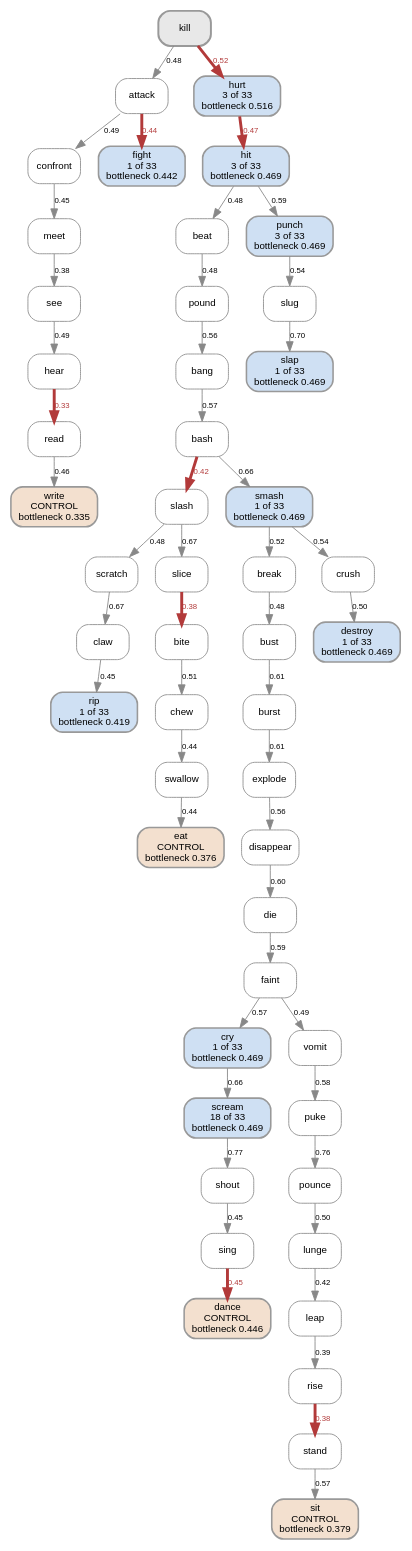
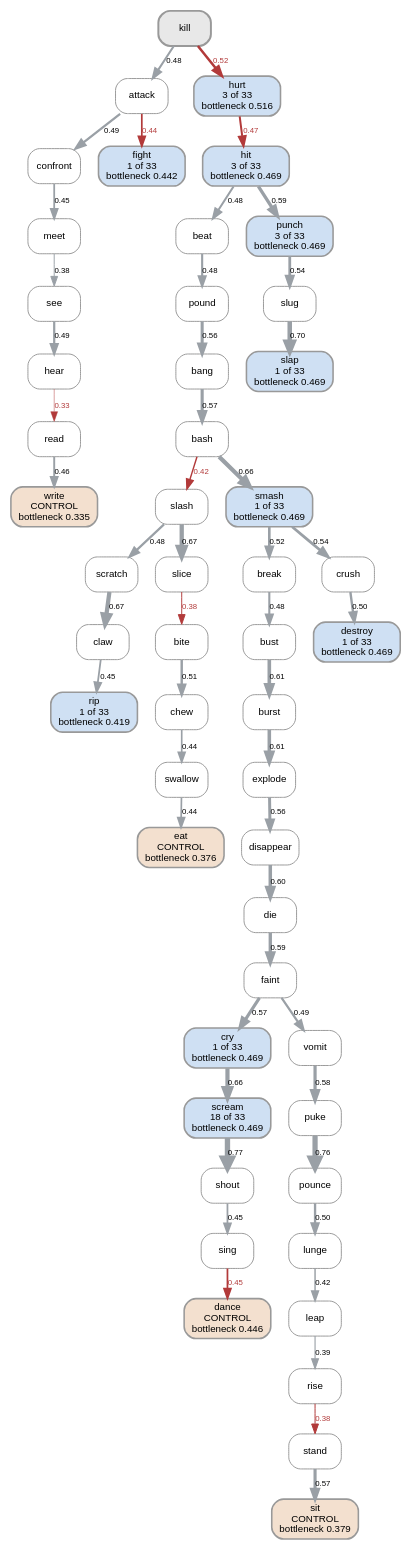
Before and after one commit to quadrismegistus/malignment: the diagram in experiments/displacement/chain_of_connections/figures/bottleneck_kill_faller_llama_resid_mean.dot, drawn with Graphviz. The commit also changed 7 other files, not shown here.

```diff
--- a/experiments/displacement/chain_of_connections/figures/bottleneck_kill_faller_llama_resid_mean.dot
+++ b/experiments/displacement/chain_of_connections/figures/bottleneck_kill_faller_llama_resid_mean.dot
@@ -1,104 +1,104 @@
 digraph {
   rankdir=TB; bgcolor="white"; ranksep=0.30;
   node [shape=box style="rounded,filled" fontname="Arial" fontsize=10 color="#999999" fillcolor="#ffffff"];
   edge [fontname="Arial" fontsize=8 color="#888888"];
   "attack" [label="attack" fillcolor="#ffffff" penwidth=1.0];
   "bang" [label="bang" fillcolor="#ffffff" penwidth=1.0];
   "bash" [label="bash" fillcolor="#ffffff" penwidth=1.0];
   "beat" [label="beat" fillcolor="#ffffff" penwidth=1.0];
   "bite" [label="bite" fillcolor="#ffffff" penwidth=1.0];
   "break" [label="break" fillcolor="#ffffff" penwidth=1.0];
   "burst" [label="burst" fillcolor="#ffffff" penwidth=1.0];
   "bust" [label="bust" fillcolor="#ffffff" penwidth=1.0];
   "chew" [label="chew" fillcolor="#ffffff" penwidth=1.0];
   "claw" [label="claw" fillcolor="#ffffff" penwidth=1.0];
   "confront" [label="confront" fillcolor="#ffffff" penwidth=1.0];
   "crush" [label="crush" fillcolor="#ffffff" penwidth=1.0];
   "cry" [label="cry\n1 of 33\nbottleneck 0.469" fillcolor="#cfe0f3" penwidth=1.6];
   "dance" [label="dance\nCONTROL\nbottleneck 0.446" fillcolor="#f3e0cf" penwidth=1.6];
   "destroy" [label="destroy\n1 of 33\nbottleneck 0.469" fillcolor="#cfe0f3" penwidth=1.6];
   "die" [label="die" fillcolor="#ffffff" penwidth=1.0];
   "disappear" [label="disappear" fillcolor="#ffffff" penwidth=1.0];
   "eat" [label="eat\nCONTROL\nbottleneck 0.376" fillcolor="#f3e0cf" penwidth=1.6];
   "explode" [label="explode" fillcolor="#ffffff" penwidth=1.0];
   "faint" [label="faint" fillcolor="#ffffff" penwidth=1.0];
   "fight" [label="fight\n1 of 33\nbottleneck 0.442" fillcolor="#cfe0f3" penwidth=1.6];
   "hear" [label="hear" fillcolor="#ffffff" penwidth=1.0];
   "hit" [label="hit\n3 of 33\nbottleneck 0.469" fillcolor="#cfe0f3" penwidth=1.6];
   "hurt" [label="hurt\n3 of 33\nbottleneck 0.516" fillcolor="#cfe0f3" penwidth=1.6];
   "kill" [label="kill" fillcolor="#e8e8e8" penwidth=2.0];
   "leap" [label="leap" fillcolor="#ffffff" penwidth=1.0];
   "lunge" [label="lunge" fillcolor="#ffffff" penwidth=1.0];
   "meet" [label="meet" fillcolor="#ffffff" penwidth=1.0];
   "pounce" [label="pounce" fillcolor="#ffffff" penwidth=1.0];
   "pound" [label="pound" fillcolor="#ffffff" penwidth=1.0];
   "puke" [label="puke" fillcolor="#ffffff" penwidth=1.0];
   "punch" [label="punch\n3 of 33\nbottleneck 0.469" fillcolor="#cfe0f3" penwidth=1.6];
   "read" [label="read" fillcolor="#ffffff" penwidth=1.0];
   "rip" [label="rip\n1 of 33\nbottleneck 0.419" fillcolor="#cfe0f3" penwidth=1.6];
   "rise" [label="rise" fillcolor="#ffffff" penwidth=1.0];
   "scratch" [label="scratch" fillcolor="#ffffff" penwidth=1.0];
   "scream" [label="scream\n18 of 33\nbottleneck 0.469" fillcolor="#cfe0f3" penwidth=1.6];
   "see" [label="see" fillcolor="#ffffff" penwidth=1.0];
   "shout" [label="shout" fillcolor="#ffffff" penwidth=1.0];
   "sing" [label="sing" fillcolor="#ffffff" penwidth=1.0];
   "sit" [label="sit\nCONTROL\nbottleneck 0.379" fillcolor="#f3e0cf" penwidth=1.6];
   "slap" [label="slap\n1 of 33\nbottleneck 0.469" fillcolor="#cfe0f3" penwidth=1.6];
   "slash" [label="slash" fillcolor="#ffffff" penwidth=1.0];
   "slice" [label="slice" fillcolor="#ffffff" penwidth=1.0];
   "slug" [label="slug" fillcolor="#ffffff" penwidth=1.0];
   "smash" [label="smash\n1 of 33\nbottleneck 0.469" fillcolor="#cfe0f3" penwidth=1.6];
   "stand" [label="stand" fillcolor="#ffffff" penwidth=1.0];
   "swallow" [label="swallow" fillcolor="#ffffff" penwidth=1.0];
   "vomit" [label="vomit" fillcolor="#ffffff" penwidth=1.0];
   "write" [label="write\nCONTROL\nbottleneck 0.335" fillcolor="#f3e0cf" penwidth=1.6];
-  "attack" -> "confront" [label="0.49" penwidth=0.9 color="#888888"];
-  "attack" -> "fight" [label="0.44" penwidth=3.0 color="#b23a3a" fontcolor="#b23a3a"];
-  "bang" -> "bash" [label="0.57" penwidth=0.9 color="#888888"];
-  "bash" -> "slash" [label="0.42" penwidth=3.0 color="#b23a3a" fontcolor="#b23a3a"];
-  "bash" -> "smash" [label="0.66" penwidth=0.9 color="#888888"];
-  "beat" -> "pound" [label="0.48" penwidth=0.9 color="#888888"];
-  "bite" -> "chew" [label="0.51" penwidth=0.9 color="#888888"];
-  "break" -> "bust" [label="0.48" penwidth=0.9 color="#888888"];
-  "burst" -> "explode" [label="0.61" penwidth=0.9 color="#888888"];
-  "bust" -> "burst" [label="0.61" penwidth=0.9 color="#888888"];
-  "chew" -> "swallow" [label="0.44" penwidth=0.9 color="#888888"];
-  "claw" -> "rip" [label="0.45" penwidth=0.9 color="#888888"];
-  "confront" -> "meet" [label="0.45" penwidth=0.9 color="#888888"];
-  "crush" -> "destroy" [label="0.50" penwidth=0.9 color="#888888"];
-  "cry" -> "scream" [label="0.66" penwidth=0.9 color="#888888"];
-  "die" -> "faint" [label="0.59" penwidth=0.9 color="#888888"];
-  "disappear" -> "die" [label="0.60" penwidth=0.9 color="#888888"];
-  "explode" -> "disappear" [label="0.56" penwidth=0.9 color="#888888"];
-  "faint" -> "cry" [label="0.57" penwidth=0.9 color="#888888"];
-  "faint" -> "vomit" [label="0.49" penwidth=0.9 color="#888888"];
-  "hear" -> "read" [label="0.33" penwidth=3.0 color="#b23a3a" fontcolor="#b23a3a"];
-  "hit" -> "beat" [label="0.48" penwidth=0.9 color="#888888"];
-  "hit" -> "punch" [label="0.59" penwidth=0.9 color="#888888"];
-  "hurt" -> "hit" [label="0.47" penwidth=3.0 color="#b23a3a" fontcolor="#b23a3a"];
-  "kill" -> "attack" [label="0.48" penwidth=0.9 color="#888888"];
-  "kill" -> "hurt" [label="0.52" penwidth=3.0 color="#b23a3a" fontcolor="#b23a3a"];
-  "leap" -> "rise" [label="0.39" penwidth=0.9 color="#888888"];
-  "lunge" -> "leap" [label="0.42" penwidth=0.9 color="#888888"];
-  "meet" -> "see" [label="0.38" penwidth=0.9 color="#888888"];
-  "pounce" -> "lunge" [label="0.50" penwidth=0.9 color="#888888"];
-  "pound" -> "bang" [label="0.56" penwidth=0.9 color="#888888"];
-  "puke" -> "pounce" [label="0.76" penwidth=0.9 color="#888888"];
-  "punch" -> "slug" [label="0.54" penwidth=0.9 color="#888888"];
-  "read" -> "write" [label="0.46" penwidth=0.9 color="#888888"];
-  "rise" -> "stand" [label="0.38" penwidth=3.0 color="#b23a3a" fontcolor="#b23a3a"];
-  "scratch" -> "claw" [label="0.67" penwidth=0.9 color="#888888"];
-  "scream" -> "shout" [label="0.77" penwidth=0.9 color="#888888"];
-  "see" -> "hear" [label="0.49" penwidth=0.9 color="#888888"];
-  "shout" -> "sing" [label="0.45" penwidth=0.9 color="#888888"];
-  "sing" -> "dance" [label="0.45" penwidth=3.0 color="#b23a3a" fontcolor="#b23a3a"];
-  "slash" -> "scratch" [label="0.48" penwidth=0.9 color="#888888"];
-  "slash" -> "slice" [label="0.67" penwidth=0.9 color="#888888"];
-  "slice" -> "bite" [label="0.38" penwidth=3.0 color="#b23a3a" fontcolor="#b23a3a"];
-  "slug" -> "slap" [label="0.70" penwidth=0.9 color="#888888"];
-  "smash" -> "break" [label="0.52" penwidth=0.9 color="#888888"];
-  "smash" -> "crush" [label="0.54" penwidth=0.9 color="#888888"];
-  "stand" -> "sit" [label="0.57" penwidth=0.9 color="#888888"];
-  "swallow" -> "eat" [label="0.44" penwidth=0.9 color="#888888"];
-  "vomit" -> "puke" [label="0.58" penwidth=0.9 color="#888888"];
+  "attack" -> "confront" [label="0.49" penwidth=2.36 color="#9aa0a6"];
+  "attack" -> "fight" [label="0.44" penwidth=1.75 color="#b23a3a" fontcolor="#b23a3a"];
+  "bang" -> "bash" [label="0.57" penwidth=3.20 color="#9aa0a6"];
+  "bash" -> "slash" [label="0.42" penwidth=1.47 color="#b23a3a" fontcolor="#b23a3a"];
+  "bash" -> "smash" [label="0.66" penwidth=4.30 color="#9aa0a6"];
+  "beat" -> "pound" [label="0.48" penwidth=2.17 color="#9aa0a6"];
+  "bite" -> "chew" [label="0.51" penwidth=2.50 color="#9aa0a6"];
+  "break" -> "bust" [label="0.48" penwidth=2.15 color="#9aa0a6"];
+  "burst" -> "explode" [label="0.61" penwidth=3.66 color="#9aa0a6"];
+  "bust" -> "burst" [label="0.61" penwidth=3.72 color="#9aa0a6"];
+  "chew" -> "swallow" [label="0.44" penwidth=1.70 color="#9aa0a6"];
+  "claw" -> "rip" [label="0.45" penwidth=1.82 color="#9aa0a6"];
+  "confront" -> "meet" [label="0.45" penwidth=1.82 color="#9aa0a6"];
+  "crush" -> "destroy" [label="0.50" penwidth=2.45 color="#9aa0a6"];
+  "cry" -> "scream" [label="0.66" penwidth=4.30 color="#9aa0a6"];
+  "die" -> "faint" [label="0.59" penwidth=3.44 color="#9aa0a6"];
+  "disappear" -> "die" [label="0.60" penwidth=3.60 color="#9aa0a6"];
+  "explode" -> "disappear" [label="0.56" penwidth=3.06 color="#9aa0a6"];
+  "faint" -> "cry" [label="0.57" penwidth=3.26 color="#9aa0a6"];
+  "faint" -> "vomit" [label="0.49" penwidth=2.31 color="#9aa0a6"];
+  "hear" -> "read" [label="0.33" penwidth=0.50 color="#b23a3a" fontcolor="#b23a3a"];
+  "hit" -> "beat" [label="0.48" penwidth=2.14 color="#9aa0a6"];
+  "hit" -> "punch" [label="0.59" penwidth=3.43 color="#9aa0a6"];
+  "hurt" -> "hit" [label="0.47" penwidth=2.05 color="#b23a3a" fontcolor="#b23a3a"];
+  "kill" -> "attack" [label="0.48" penwidth=2.17 color="#9aa0a6"];
+  "kill" -> "hurt" [label="0.52" penwidth=2.60 color="#b23a3a" fontcolor="#b23a3a"];
+  "leap" -> "rise" [label="0.39" penwidth=1.16 color="#9aa0a6"];
+  "lunge" -> "leap" [label="0.42" penwidth=1.50 color="#9aa0a6"];
+  "meet" -> "see" [label="0.38" penwidth=0.97 color="#9aa0a6"];
+  "pounce" -> "lunge" [label="0.50" penwidth=2.40 color="#9aa0a6"];
+  "pound" -> "bang" [label="0.56" penwidth=3.14 color="#9aa0a6"];
+  "puke" -> "pounce" [label="0.76" penwidth=5.38 color="#9aa0a6"];
+  "punch" -> "slug" [label="0.54" penwidth=2.86 color="#9aa0a6"];
+  "read" -> "write" [label="0.46" penwidth=1.98 color="#9aa0a6"];
+  "rise" -> "stand" [label="0.38" penwidth=1.02 color="#b23a3a" fontcolor="#b23a3a"];
+  "scratch" -> "claw" [label="0.67" penwidth=4.36 color="#9aa0a6"];
+  "scream" -> "shout" [label="0.77" penwidth=5.50 color="#9aa0a6"];
+  "see" -> "hear" [label="0.49" penwidth=2.29 color="#9aa0a6"];
+  "shout" -> "sing" [label="0.45" penwidth=1.80 color="#9aa0a6"];
+  "sing" -> "dance" [label="0.45" penwidth=1.79 color="#b23a3a" fontcolor="#b23a3a"];
+  "slash" -> "scratch" [label="0.48" penwidth=2.23 color="#9aa0a6"];
+  "slash" -> "slice" [label="0.67" penwidth=4.42 color="#9aa0a6"];
+  "slice" -> "bite" [label="0.38" penwidth=0.98 color="#b23a3a" fontcolor="#b23a3a"];
+  "slug" -> "slap" [label="0.70" penwidth=4.68 color="#9aa0a6"];
+  "smash" -> "break" [label="0.52" penwidth=2.70 color="#9aa0a6"];
+  "smash" -> "crush" [label="0.54" penwidth=2.86 color="#9aa0a6"];
+  "stand" -> "sit" [label="0.57" penwidth=3.22 color="#9aa0a6"];
+  "swallow" -> "eat" [label="0.44" penwidth=1.71 color="#9aa0a6"];
+  "vomit" -> "puke" [label="0.58" penwidth=3.30 color="#9aa0a6"];
 }
```
